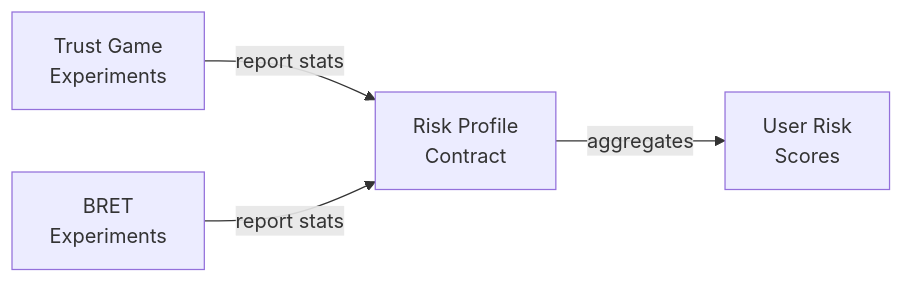
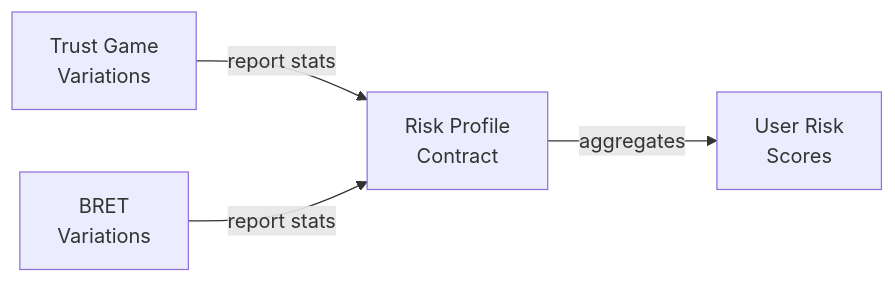
Before and after one commit to Open-Science-Blockchain-Economics/bx-hive: the tenth of 10 diagrams in docs/smart-contract-architecture.md, drawn with Mermaid. The commit also changed other lines of this file, not shown here.

````diff
--- a/docs/smart-contract-architecture.md
+++ b/docs/smart-contract-architecture.md
@@ -639,6 +672,6 @@
 ```mermaid
 flowchart LR
-    TGE["Trust Game<br/>Experiments"] -->|report stats| RP["Risk Profile<br/>Contract"]
-    BRET["BRET<br/>Experiments"] -->|report stats| RP
+    TGV["Trust Game<br/>Variations"] -->|report stats| RP["Risk Profile<br/>Contract"]
+    BRET["BRET<br/>Variations"] -->|report stats| RP
     RP -->|aggregates| Score["User Risk<br/>Scores"]
 ```
````
